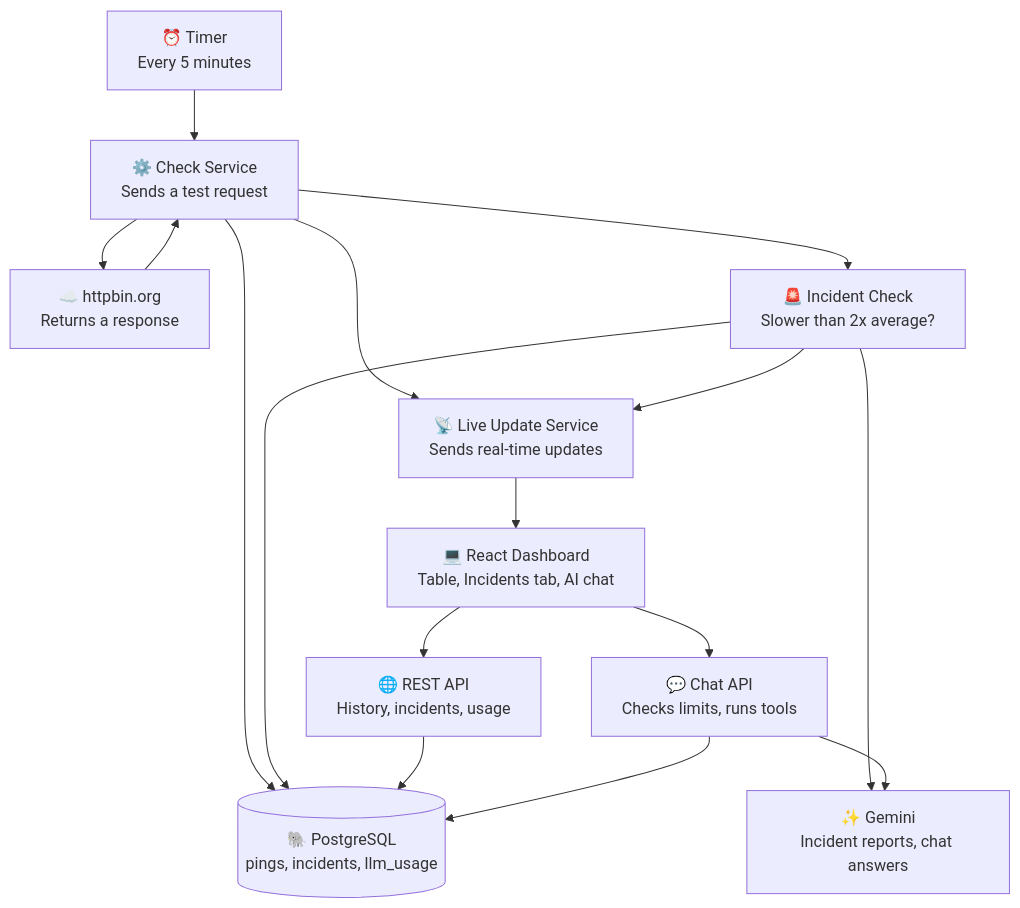
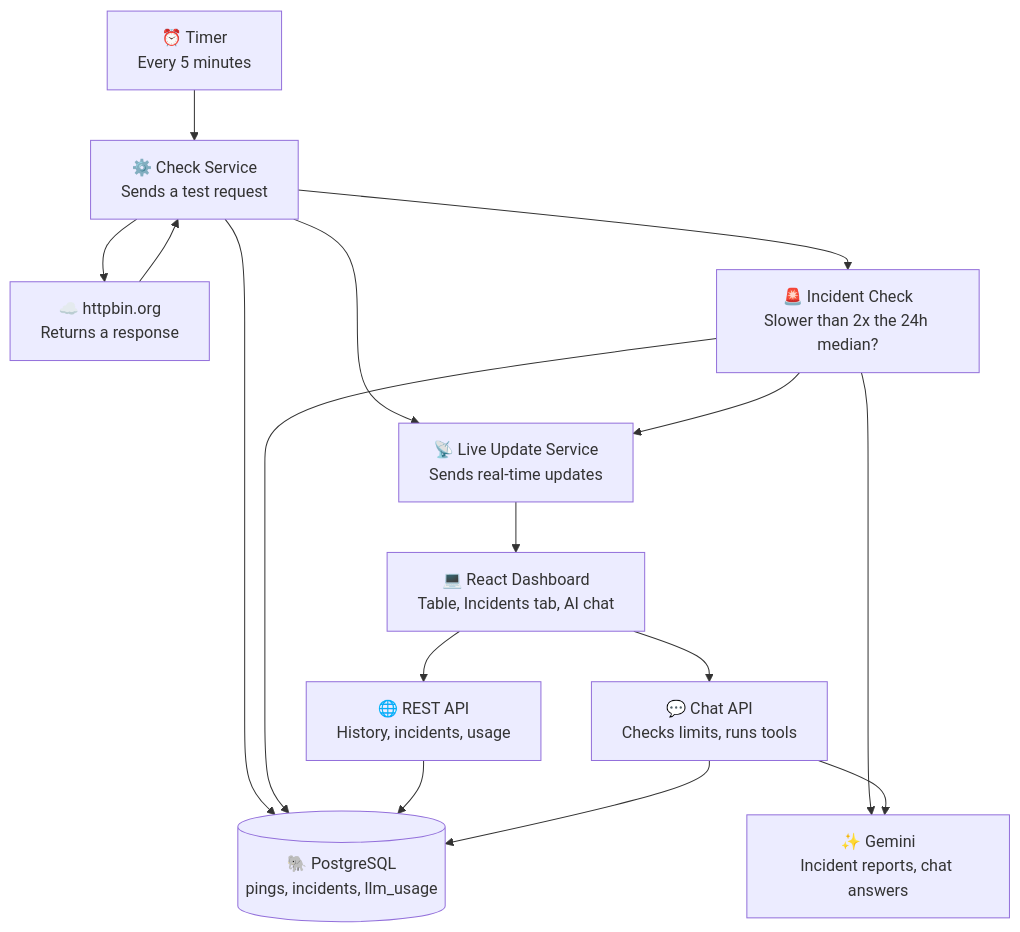
The diagram in README.md (Abdullah-dev0/pingwatch), drawn with Mermaid before and after one commit. The commit also changed other lines of this file and 1 other file, not shown here.

Commit message:
Update README and schema to use 24h median instead of average for incident reporting

````diff
--- a/README.md
+++ b/README.md
@@ -26,29 +26,29 @@
 ```mermaid
 flowchart TD
     A["⏰ Timer<br/>Every 5 minutes"]
     B["⚙️ Check Service<br/>Sends a test request"]
     C["☁️ httpbin.org<br/>Returns a response"]
     D[("🐘 PostgreSQL<br/>pings, incidents, llm_usage")]
     E["📡 Live Update Service<br/>Sends real-time updates"]
     F["💻 React Dashboard<br/>Table, Incidents tab, AI chat"]
     G["🌐 REST API<br/>History, incidents, usage"]
-    H["🚨 Incident Check<br/>Slower than 2x average?"]
+    H["🚨 Incident Check<br/>Slower than 2x the 24h median?"]
     I["✨ Gemini<br/>Incident reports, chat answers"]
     J["💬 Chat API<br/>Checks limits, runs tools"]
 
     A --> B
     B --> C
     C --> B
     B --> D
     B --> E
     B --> H
     H --> I
     H --> D
     H --> E
     E --> F
     F --> G
     G --> D
     F --> J
     J --> I
     J --> D
 ```
````
